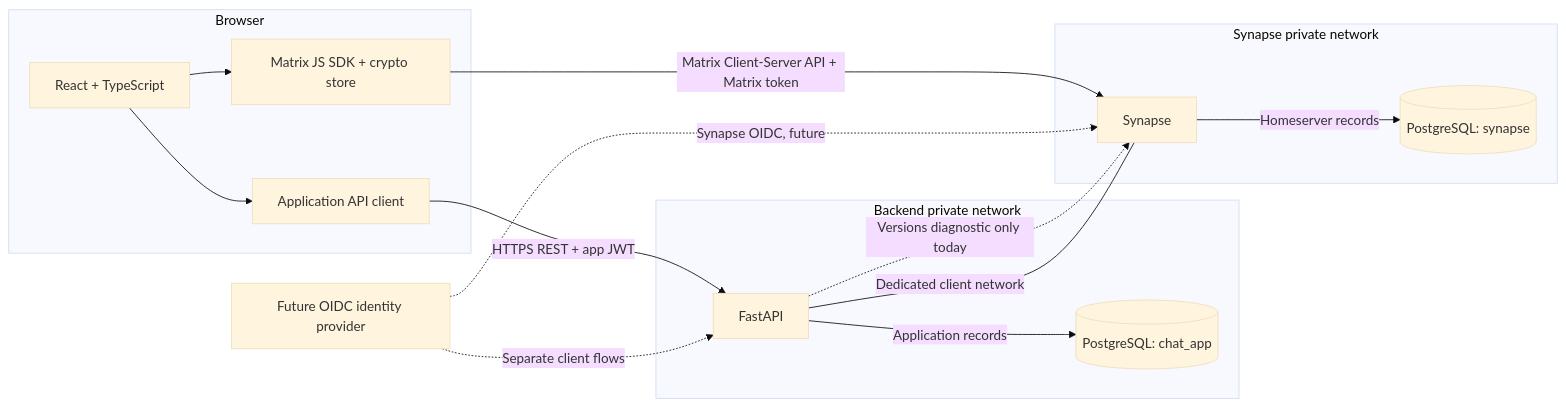
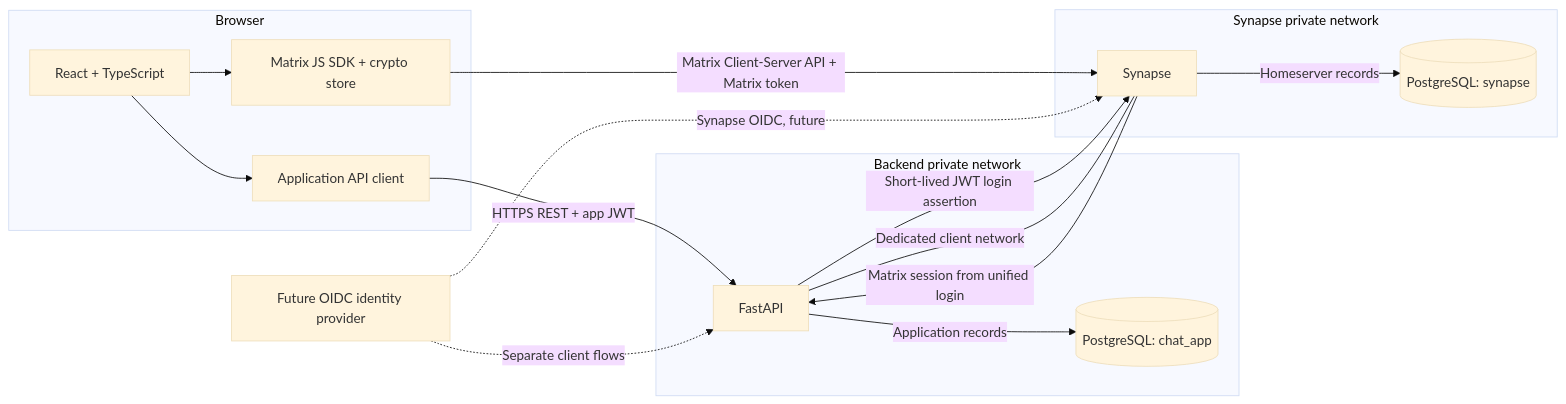
One commit to jmass-ggg/WhatSapp-Architecture changed the diagram in docs/architecture.md. Above: the diagram before and after it, drawn with Mermaid (base theme). The commit also changed other lines of this file and 25 other files, not shown here.

Commit message:
feat: integrate FastAPI JWT with Matrix Synapse authentication

````diff
--- a/docs/architecture.md
+++ b/docs/architecture.md
@@ -12,28 +12,29 @@
 ```mermaid
 flowchart LR
     subgraph Browser["Browser"]
         UI["React + TypeScript"]
         APIClient["Application API client"]
         MatrixSDK["Matrix JS SDK + crypto store"]
         UI --> APIClient
         UI --> MatrixSDK
     end
 
     APIClient -->|"HTTPS REST + app JWT"| FastAPI["FastAPI"]
     MatrixSDK -->|"Matrix Client-Server API + Matrix token"| Synapse["Synapse"]
     FastAPI -->|"Application records"| AppDB[("PostgreSQL: chat_app")]
     Synapse -->|"Homeserver records"| SynapseDB[("PostgreSQL: synapse")]
-    FastAPI -.->|"Versions diagnostic only today"| Synapse
+    FastAPI -->|"Short-lived JWT login assertion"| Synapse
+    Synapse -->|"Matrix session from unified login"| FastAPI
     IdP["Future OIDC identity provider"] -.->|"Separate client flows"| FastAPI
     IdP -.->|"Synapse OIDC, future"| Synapse
 
     subgraph AppNetwork["Backend private network"]
         AppDB
         FastAPI
     end
     subgraph SynapseNetwork["Synapse private network"]
         SynapseDB
         Synapse
     end
     FastAPI ---|"Dedicated client network"| Synapse
 ```
````
